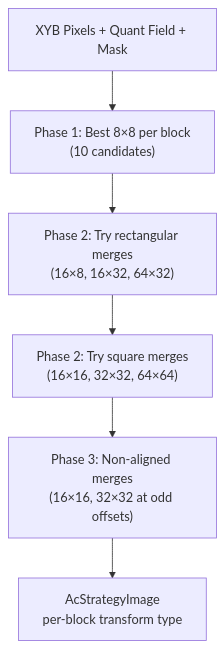
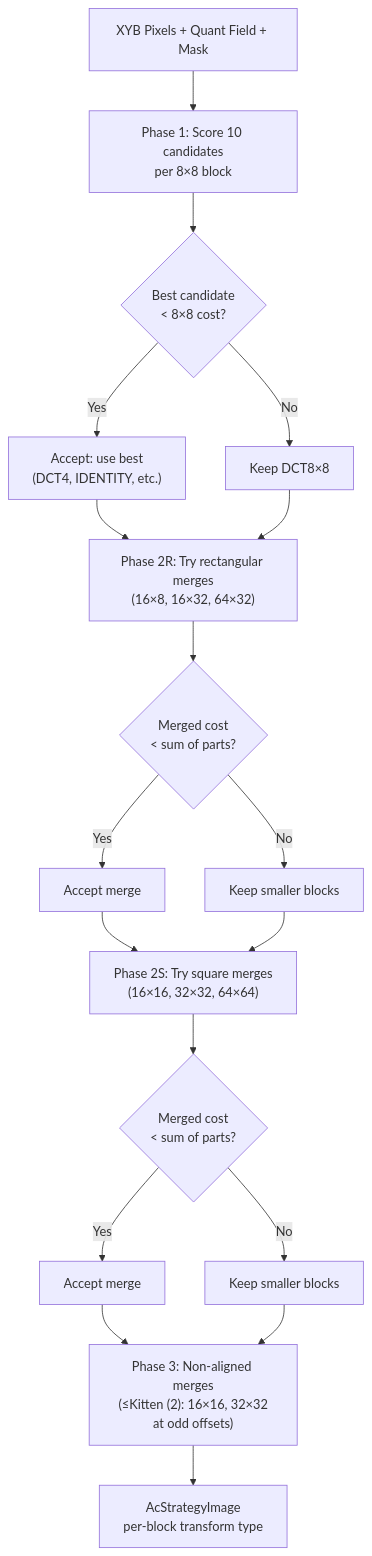
One commit to imazen/libjxl changed the diagram in docs/src/transforms/ac-strategy.md. Above: the diagram before and after it, drawn with Mermaid. The commit also changed 6 other files, not shown here.

First line of the commit message:
docs: fix 7 Mermaid diagrams to show loops, subgraphs, and decisions

````diff
--- a/docs/src/transforms/ac-strategy.md
+++ b/docs/src/transforms/ac-strategy.md
@@ -3,8 +3,20 @@
 ```mermaid
 graph TD
-    XYB["XYB Pixels + Quant Field + Mask"] --> P1["Phase 1: Best 8×8 per block<br/>(10 candidates)"]
-    P1 --> P2R["Phase 2: Try rectangular merges<br/>(16×8, 16×32, 64×32)"]
-    P2R --> P2S["Phase 2: Try square merges<br/>(16×16, 32×32, 64×64)"]
-    P2S --> P3["Phase 3: Non-aligned merges<br/>(16×16, 32×32 at odd offsets)"]
-    P3 --> ACS["AcStrategyImage<br/>per-block transform type"]
+    XYB["XYB Pixels + Quant Field + Mask"] --> P1["Phase 1: Score 10 candidates<br/>per 8×8 block"]
+    P1 --> P1D{"Best candidate<br/>< 8×8 cost?"}
+    P1D -->|Yes| P1A["Accept: use best<br/>(DCT4, IDENTITY, etc.)"]
+    P1D -->|No| P1B["Keep DCT8×8"]
+    P1A --> P2R
+    P1B --> P2R
+    P2R["Phase 2R: Try rectangular merges<br/>(16×8, 16×32, 64×32)"] --> P2RD{"Merged cost<br/>< sum of parts?"}
+    P2RD -->|Yes| P2RA["Accept merge"]
+    P2RD -->|No| P2RK["Keep smaller blocks"]
+    P2RA --> P2S
+    P2RK --> P2S
+    P2S["Phase 2S: Try square merges<br/>(16×16, 32×32, 64×64)"] --> P2SD{"Merged cost<br/>< sum of parts?"}
+    P2SD -->|Yes| P2SA["Accept merge"]
+    P2SD -->|No| P2SK["Keep smaller blocks"]
+    P2SA --> P3
+    P2SK --> P3
+    P3["Phase 3: Non-aligned merges<br/>(≤Kitten (2): 16×16, 32×32<br/>at odd offsets)"] --> ACS["AcStrategyImage<br/>per-block transform type"]
 ```
````
